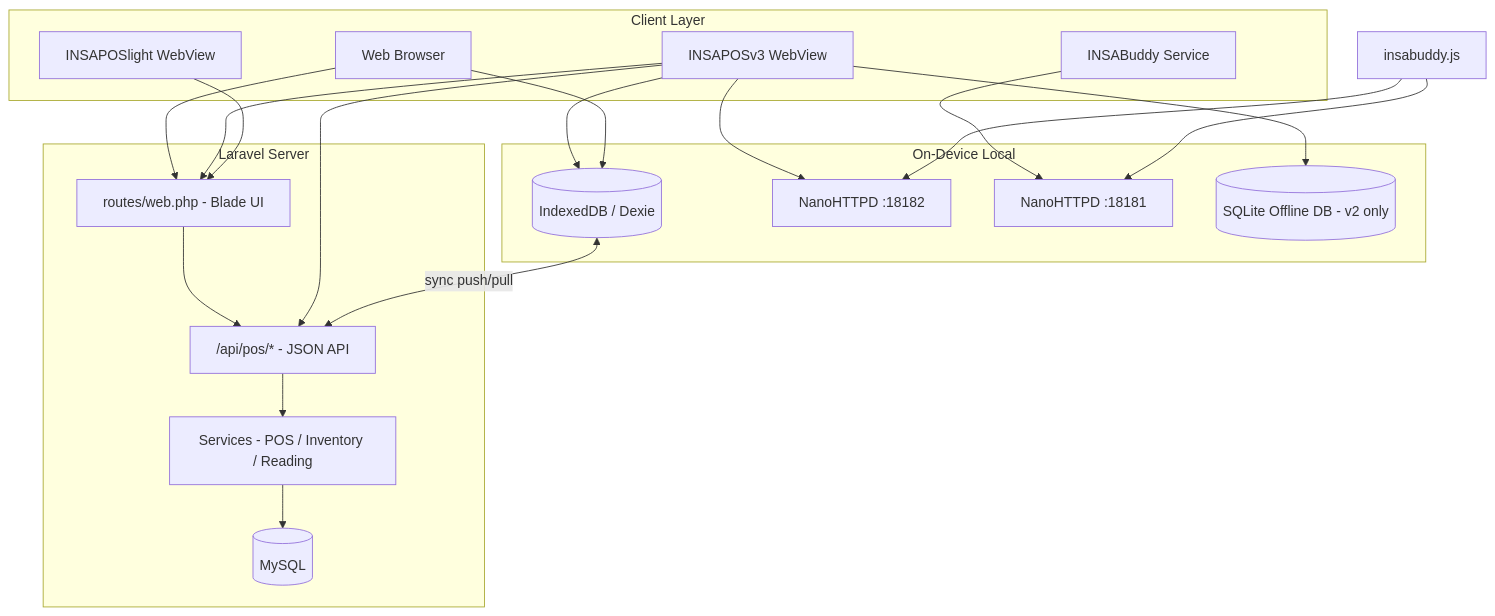
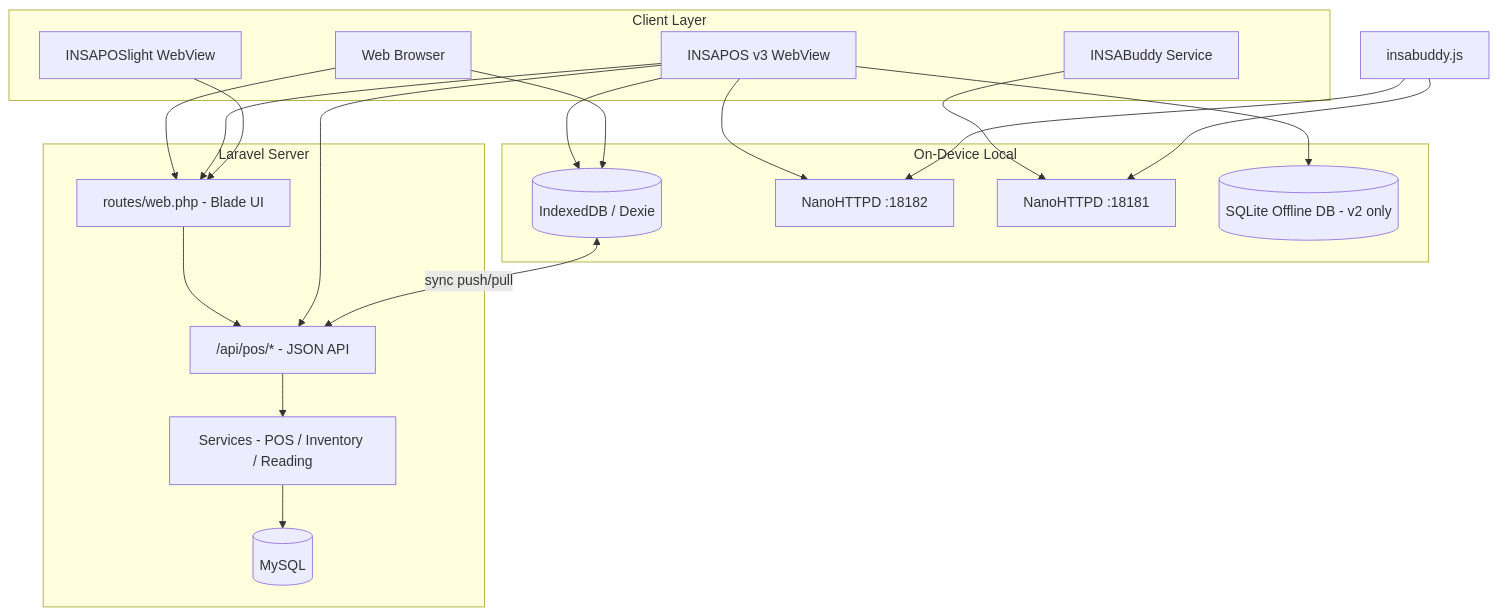
Before and after one commit to gebstechnologies0109a/insa-pos-rewards: the diagram in docs/INSA_POS_System_Report.md, drawn with Mermaid. The commit also changed other lines of this file and 13 other files, not shown here.

````diff
--- a/docs/INSA_POS_System_Report.md
+++ b/docs/INSA_POS_System_Report.md
@@ -151,38 +151,38 @@
 ```mermaid
 flowchart TB
     subgraph clients [Client Layer]
         Browser[Web Browser]
-        V2[INSAPOSv3 WebView]
+        V2[INSAPOS v3 WebView]
         Lite[INSAPOSlight WebView]
         Buddy[INSABuddy Service]
     end
 
     subgraph local [On-Device Local]
         IDB[(IndexedDB / Dexie)]
         V2Srv[NanoHTTPD :18182]
         BuddySrv[NanoHTTPD :18181]
         V2DB[(SQLite Offline DB - v2 only)]
     end
 
     subgraph server [Laravel Server]
         Web[routes/web.php - Blade UI]
         API["/api/pos/* - JSON API"]
         Svc[Services - POS / Inventory / Reading]
         DB[(MySQL)]
     end
 
     Browser --> Web
     V2 --> Web
     Lite --> Web
     V2 --> IDB
     Browser --> IDB
     V2 --> V2Srv
     V2 --> V2DB
     Buddy --> BuddySrv
     Web --> API
     V2 --> API
     API --> Svc --> DB
     IDB <-->|sync push/pull| API
     insabuddy.js --> V2Srv
     insabuddy.js --> BuddySrv
 ```
````
